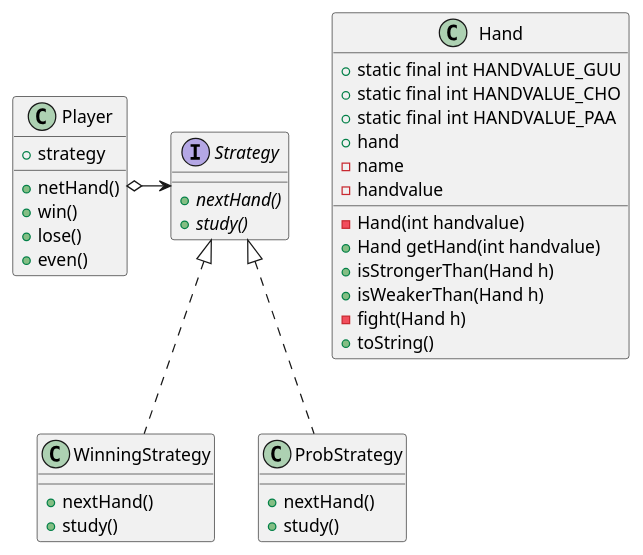
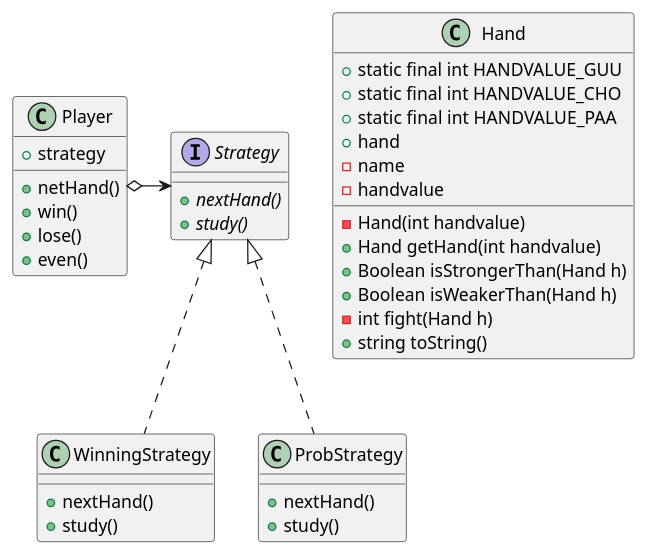
One commit to ku2ma2/design_pattern changed the diagram in Strategy/README.md. Above: the diagram before and after it, drawn with PlantUML. The commit also changed 2 other files, not shown here.

Commit message:
Add  Function toString into Hand
- Fixed typo ぐー to グー
- Improve README that add return value
- Add test for toString

````diff
--- a/Strategy/README.md
+++ b/Strategy/README.md
@@ -4,48 +4,48 @@
 ```uml
 @startuml
 
 class Player {
     +strategy
     +netHand()
     +win()
     +lose()
     +even()
 }
 
 interface Strategy {
     {abstract} +nextHand()
     {abstract} +study()
 }
 
 class WinningStrategy {
     +nextHand()
     +study()
 }
 
 class ProbStrategy {
     +nextHand()
     +study()
 }
 
 class Hand {
     +static final int HANDVALUE_GUU
     +static final int HANDVALUE_CHO
     +static final int HANDVALUE_PAA
     +hand
     -name
     -handvalue
     -Hand(int handvalue)
     +Hand getHand(int handvalue)
-    +isStrongerThan(Hand h)
-    +isWeakerThan(Hand h)
-    -fight(Hand h)
-    +toString()
+    +Boolean isStrongerThan(Hand h)
+    +Boolean isWeakerThan(Hand h)
+    -int fight(Hand h)
+    +string toString()
 }
 
 Player o-right-> Strategy
 WinningStrategy .up.|> Strategy
 ProbStrategy .up.|> Strategy
 
 
 @enduml
 ```
````
